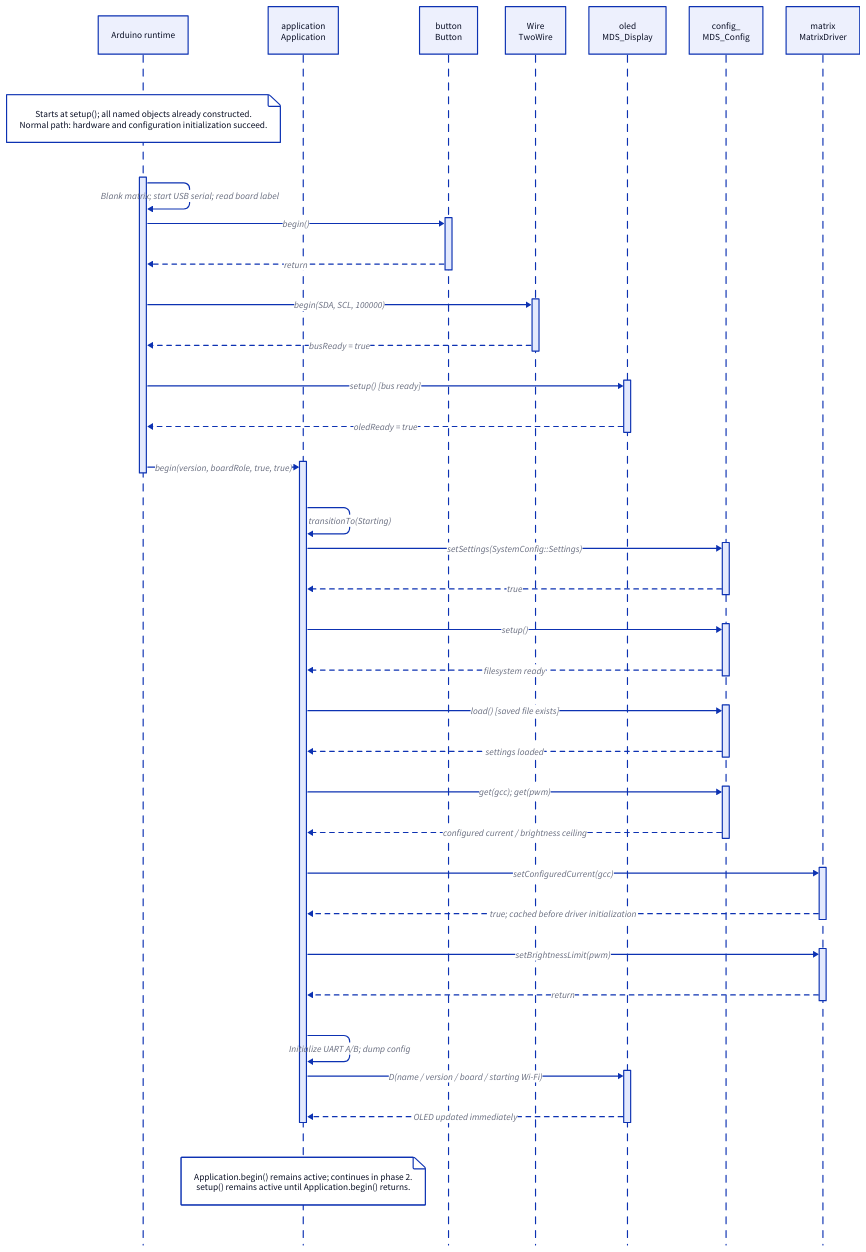
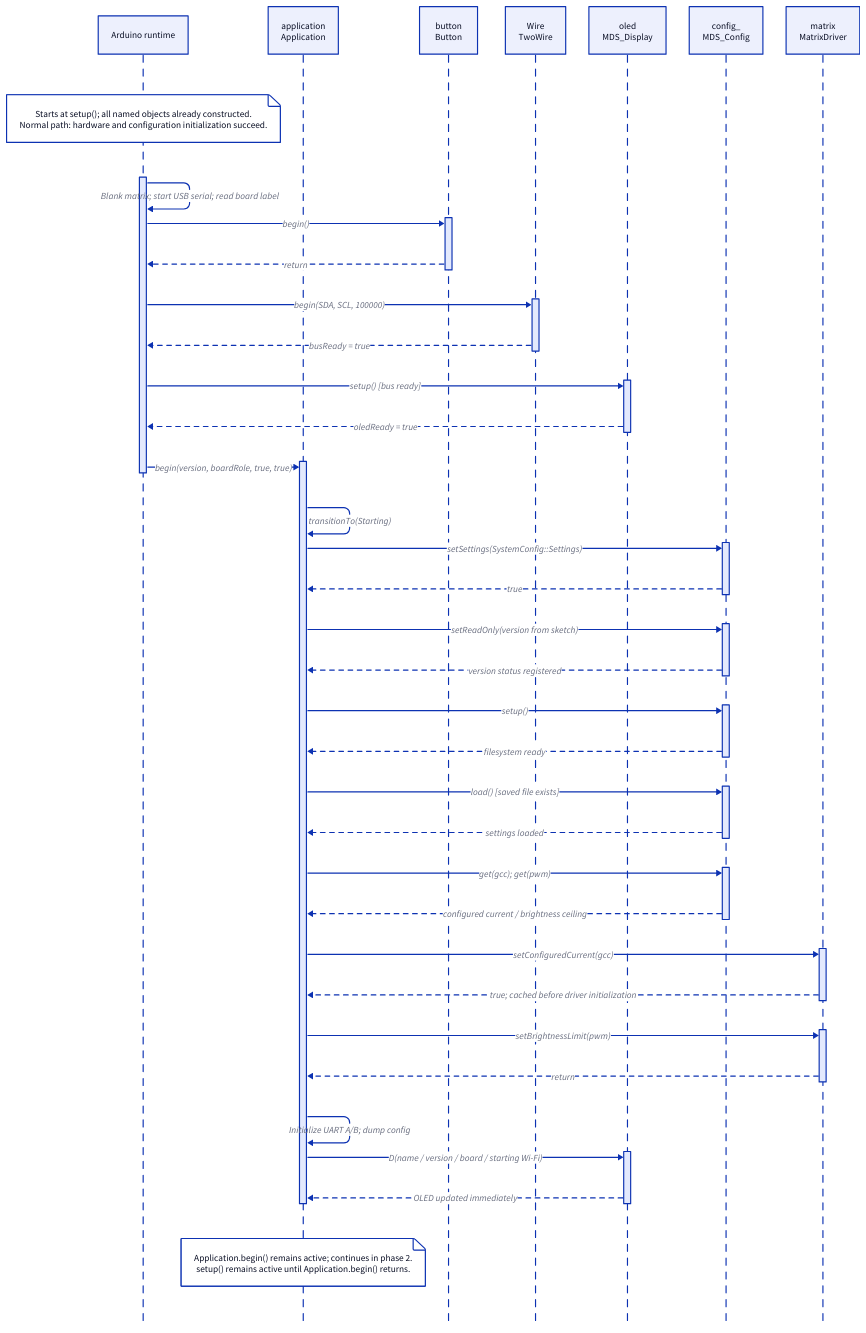
Before and after one commit to PerlPooch/TimeMachine: the diagram in Notes and Documentation/Firmware/Architecture/diagrams/startup.d2, drawn with D2. The commit also changed 9 other files, not shown here.

```diff
--- a/Notes and Documentation/Firmware/Architecture/diagrams/startup.d2
+++ b/Notes and Documentation/Firmware/Architecture/diagrams/startup.d2
@@ -1,34 +1,36 @@
 shape: sequence_diagram
 runtime: "Arduino runtime"
 app: "application\nApplication"
 button: "button\nButton"
 wire: "Wire\nTwoWire"
 oled: "oled\nMDS_Display"
 config: "config_\nMDS_Config"
 matrix: "matrix\nMatrixDriver"
 runtime.note: "Starts at setup(); all named objects already constructed.\nNormal path: hardware and configuration initialization succeed."
 runtime.setup -> runtime.setup: "Blank matrix; start USB serial; read board label"
 runtime.setup -> button.init: "begin()"
 button.init -> runtime.setup: "return" {style.stroke-dash: 4}
 runtime.setup -> wire.init: "begin(SDA, SCL, 100000)"
 wire.init -> runtime.setup: "busReady = true" {style.stroke-dash: 4}
 runtime.setup -> oled.init: "setup() [bus ready]"
 oled.init -> runtime.setup: "oledReady = true" {style.stroke-dash: 4}
 runtime.setup -> app.begin: "begin(version, boardRole, true, true)"
 app.begin -> app.begin: "transitionTo(Starting)"
 app.begin -> config.registry: "setSettings(SystemConfig::Settings)"
 config.registry -> app.begin: "true" {style.stroke-dash: 4}
+app.begin -> config.version: "setReadOnly(version from sketch)"
+config.version -> app.begin: "version status registered" {style.stroke-dash: 4}
 app.begin -> config.mount: "setup()"
 config.mount -> app.begin: "filesystem ready" {style.stroke-dash: 4}
 app.begin -> config.load: "load() [saved file exists]"
 config.load -> app.begin: "settings loaded" {style.stroke-dash: 4}
 app.begin -> config.read: "get(gcc); get(pwm)"
 config.read -> app.begin: "configured current / brightness ceiling" {style.stroke-dash: 4}
 app.begin -> matrix.current: "setConfiguredCurrent(gcc)"
 matrix.current -> app.begin: "true; cached before driver initialization" {style.stroke-dash: 4}
 app.begin -> matrix.pwm: "setBrightnessLimit(pwm)"
 matrix.pwm -> app.begin: "return" {style.stroke-dash: 4}
 app.begin -> app.begin: "Initialize UART A/B; dump config"
 app.begin -> oled.status: "D(name / version / board / starting Wi-Fi)"
 oled.status -> app.begin: "OLED updated immediately" {style.stroke-dash: 4}
 app.note: "Application.begin() remains active; continues in phase 2.\nsetup() remains active until Application.begin() returns."
```
